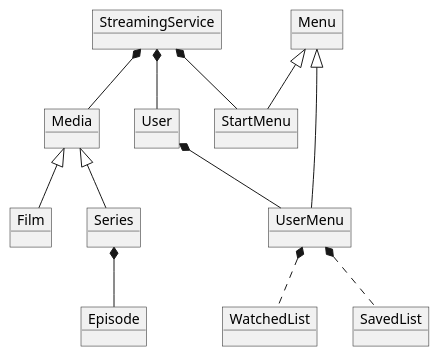
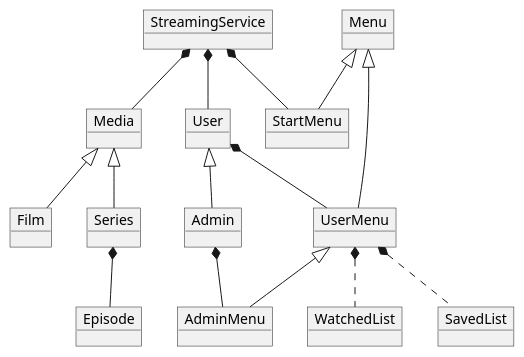
Before and after one commit to Magnus128/SP3-gruppe-E: the diagram in doc/objectDiagram.puml, drawn with PlantUML.

Commit message:
Domænemodel og usecase diagram

```diff
--- a/doc/objectDiagram.puml
+++ b/doc/objectDiagram.puml
@@ -1,28 +1,33 @@
 @startuml
 'https://plantuml.com/object-diagram
 
 object StreamingService
 object Media
 object Film
 object Series
 object Episode
 object User
+object Admin
 object WatchedList
 object SavedList
 object Menu
 object StartMenu
 object UserMenu
+object AdminMenu
 
 StreamingService *-- User
 StreamingService *-- Media
 StreamingService *-- StartMenu
 Menu <|-- StartMenu
 Menu <|-- UserMenu
+UserMenu <|-- AdminMenu
 Media <|-- Film
 Media <|-- Series
 Series *-- Episode
 User *-- UserMenu
+User <|-- Admin
+Admin *-- AdminMenu
 UserMenu *.. WatchedList
 UserMenu *.. SavedList
 
 @enduml
```
